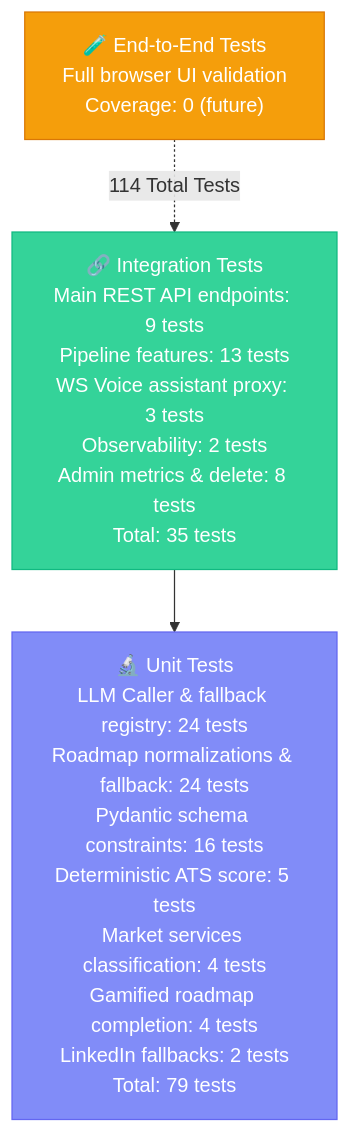
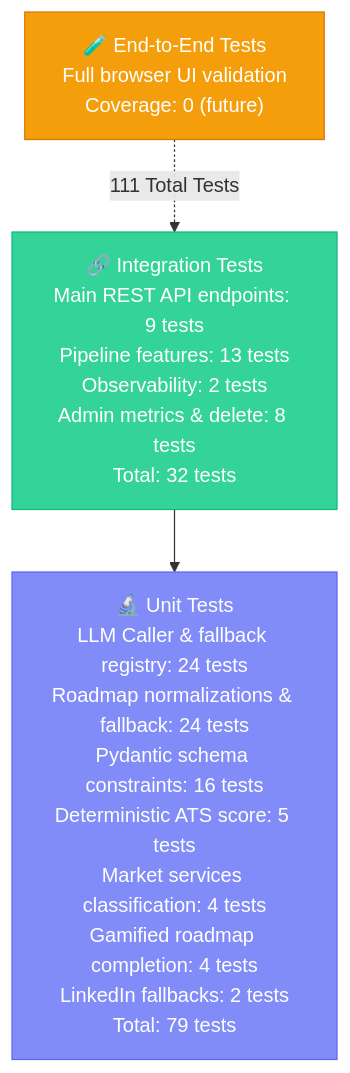
Before and after one commit to Anil-Pradhan-web/ai-career-mentor: diagram 30 of 33 in documentation/ARCHITECTURE.md, drawn with Mermaid. The commit also changed other lines of this file and 24 other files, not shown here.

Commit message:
feat: complete removal of deprecated voice assistant components, updated documentation, and final system stabilization

````diff
--- a/documentation/ARCHITECTURE.md
+++ b/documentation/ARCHITECTURE.md
@@ -1408,18 +1374,18 @@
 ```mermaid
 graph TB
     classDef unit fill:#818cf8,color:#fff,stroke:#6366f1
     classDef integ fill:#34d399,color:#fff,stroke:#10b981
     classDef e2e fill:#f59e0b,color:#fff,stroke:#d97706
 
     E2E["🧪 End-to-End Tests<br/>Full browser UI validation<br/>Coverage: 0 (future)"]
     
-    INTEG["🔗 Integration Tests<br/>Main REST API endpoints: 9 tests<br/>Pipeline features: 13 tests<br/>WS Voice assistant proxy: 3 tests<br/>Observability: 2 tests<br/>Admin metrics & delete: 8 tests<br/>Total: 35 tests"]
+    INTEG["🔗 Integration Tests<br/>Main REST API endpoints: 9 tests<br/>Pipeline features: 13 tests<br/>Observability: 2 tests<br/>Admin metrics & delete: 8 tests<br/>Total: 32 tests"]
     
     UNIT["🔬 Unit Tests<br/>LLM Caller & fallback registry: 24 tests<br/>Roadmap normalizations & fallback: 24 tests<br/>Pydantic schema constraints: 16 tests<br/>Deterministic ATS score: 5 tests<br/>Market services classification: 4 tests<br/>Gamified roadmap completion: 4 tests<br/>LinkedIn fallbacks: 2 tests<br/>Total: 79 tests"]
 
-    E2E -.->|"114 Total Tests"| INTEG --> UNIT
+    E2E -.->|"111 Total Tests"| INTEG --> UNIT
  
     class UNIT unit
     class INTEG integ
     class E2E e2e
 ```
````
